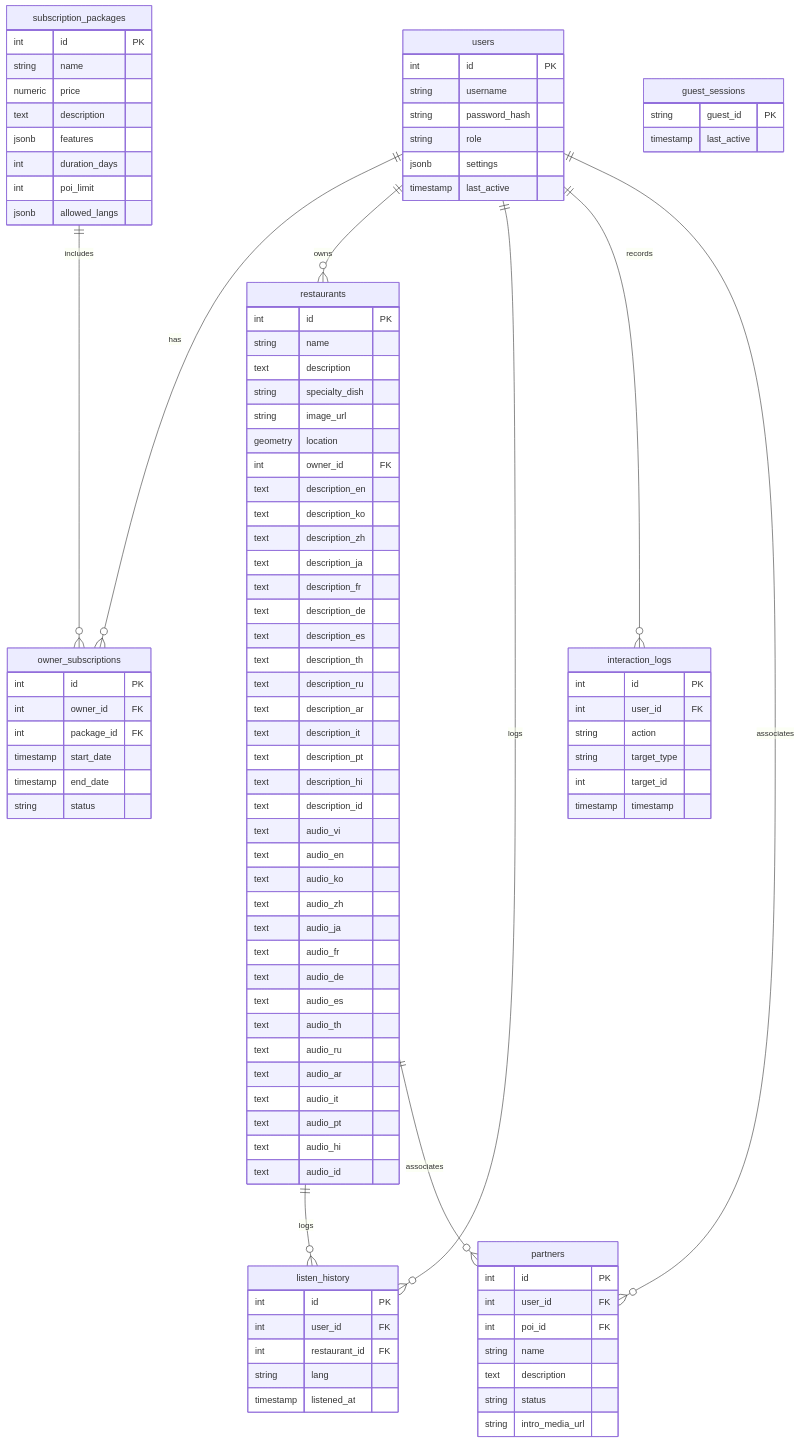
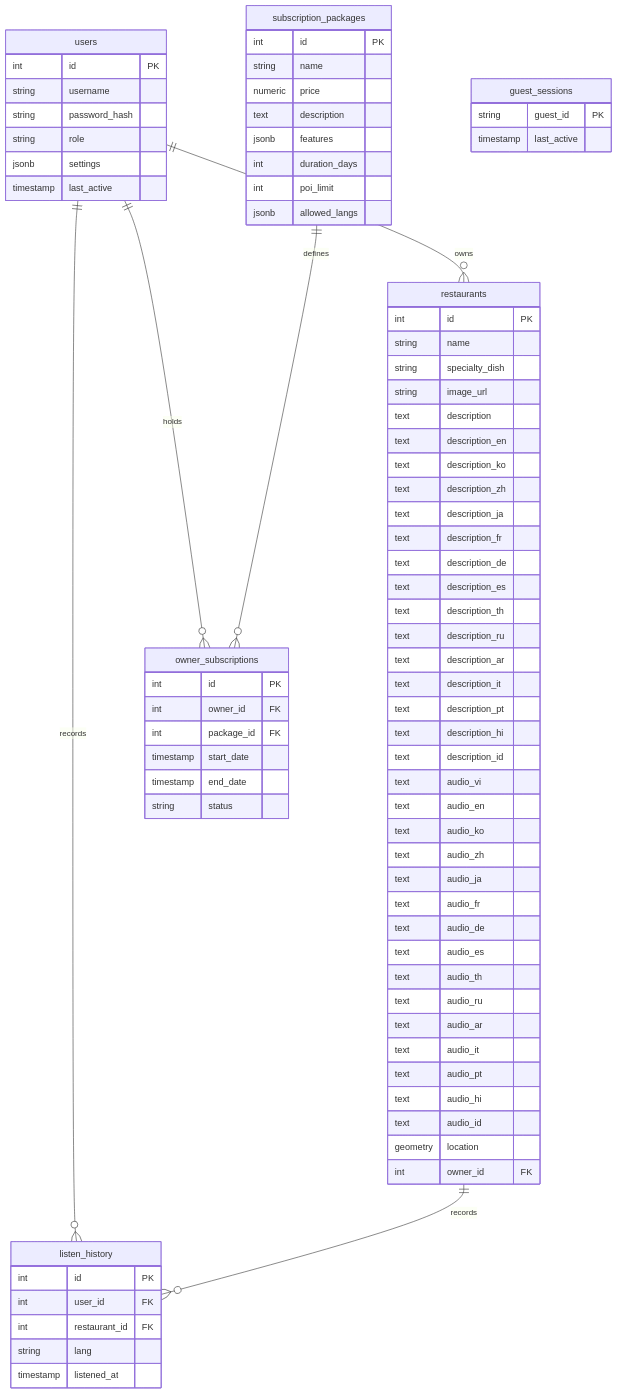
One commit to DuyKhoiCoder30062004/Map-Hoi-An changed the diagram in vinh_khanh_food-main/vinh_khanh_food-main/diagrams/ERD.md. Above: the diagram before and after it, drawn with Mermaid. The commit also changed other lines of this file and 1 other file, not shown here.

Commit message:
Update ERD and Use Case diagrams to reflect actual backend/frontend logic

````diff
--- a/vinh_khanh_food-main/vinh_khanh_food-main/diagrams/ERD.md
+++ b/vinh_khanh_food-main/vinh_khanh_food-main/diagrams/ERD.md
@@ -10,14 +10,13 @@
         jsonb settings
         timestamp last_active
     }
+
     restaurants {
         int id PK
         string name
-        text description
         string specialty_dish
         string image_url
-        geometry location
-        int owner_id FK
+        text description
         text description_en
         text description_ko
         text description_zh
@@ -47,7 +46,10 @@
         text audio_pt
         text audio_hi
         text audio_id
+        geometry location
+        int owner_id FK
     }
+
     subscription_packages {
         int id PK
         string name
@@ -58,6 +60,7 @@
         int poi_limit
         jsonb allowed_langs
     }
+
     owner_subscriptions {
         int id PK
         int owner_id FK
@@ -66,6 +69,7 @@
         timestamp end_date
         string status
     }
+
     listen_history {
         int id PK
         int user_id FK
@@ -73,34 +77,15 @@
         string lang
         timestamp listened_at
     }
+
     guest_sessions {
         string guest_id PK
         timestamp last_active
     }
-    partners {
-        int id PK
-        int user_id FK
-        int poi_id FK
-        string name
-        text description
-        string status
-        string intro_media_url
-    }
-    interaction_logs {
-        int id PK
-        int user_id FK
-        string action
-        string target_type
-        int target_id
-        timestamp timestamp
-    }
 
-    users ||--o{ owner_subscriptions : "has"
-    subscription_packages ||--o{ owner_subscriptions : "includes"
     users ||--o{ restaurants : "owns"
-    users ||--o{ listen_history : "logs"
-    restaurants ||--o{ listen_history : "logs"
-    users ||--o{ interaction_logs : "records"
-    users ||--o{ partners : "associates"
-    restaurants ||--o{ partners : "associates"
+    users ||--o{ owner_subscriptions : "holds"
+    subscription_packages ||--o{ owner_subscriptions : "defines"
+    users ||--o{ listen_history : "records"
+    restaurants ||--o{ listen_history : "records"
 ```
````
